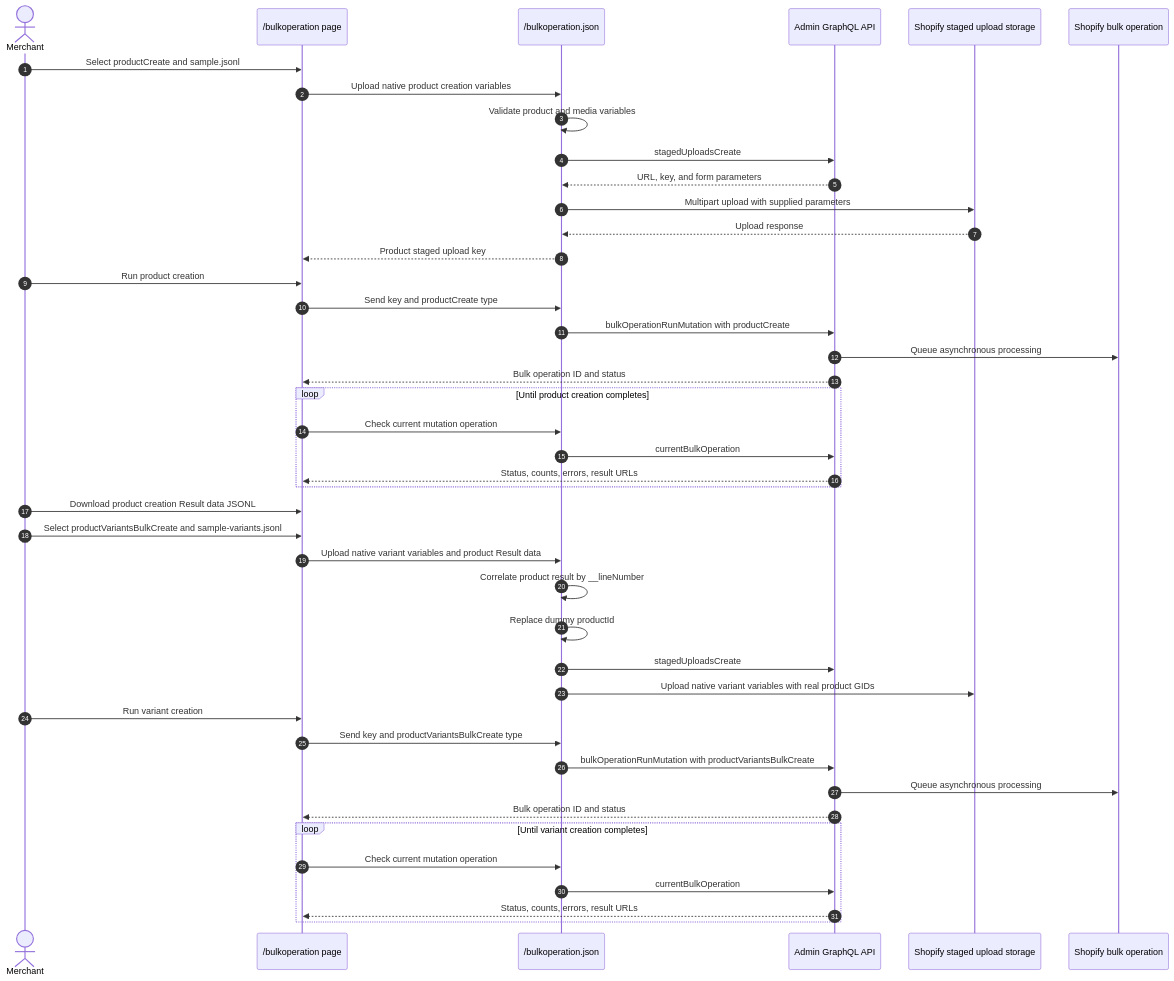
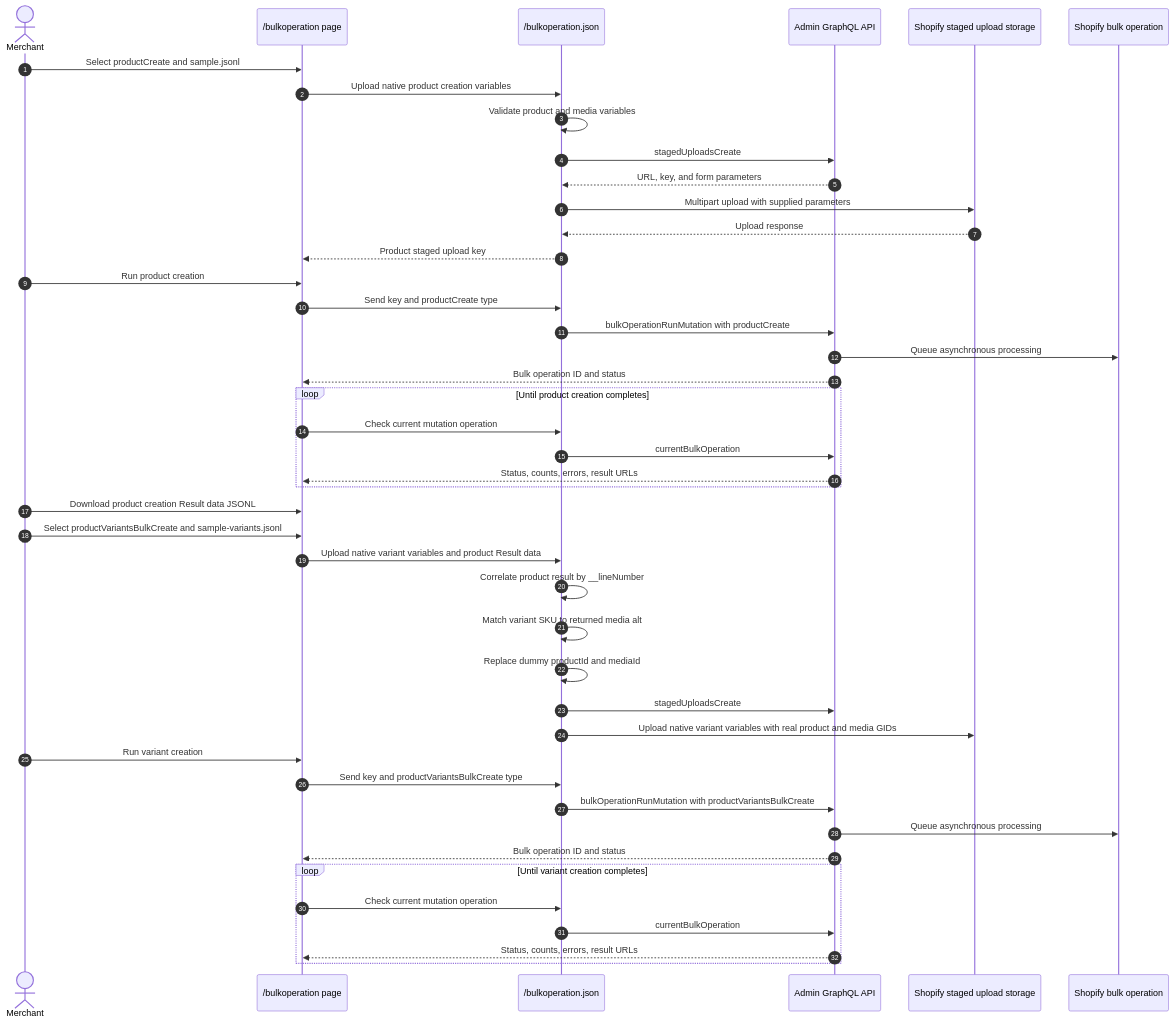
One commit to benzookapi/shopify-barebone-app-sample changed the diagram in docs/14-bulkoperation.md. Above: the diagram before and after it, drawn with Mermaid. The commit also changed other lines of this file, not shown here.

Commit message:
Document SKU-based bulk media mapping

````diff
--- a/docs/14-bulkoperation.md
+++ b/docs/14-bulkoperation.md
@@ -20,46 +20,47 @@
 ```mermaid
 sequenceDiagram
     autonumber
     actor Merchant
     participant UI as /bulkoperation page
     participant App as /bulkoperation.json
     participant API as Admin GraphQL API
     participant Storage as Shopify staged upload storage
     participant Worker as Shopify bulk operation
 
     Merchant->>UI: Select productCreate and sample.jsonl
     UI->>App: Upload native product creation variables
     App->>App: Validate product and media variables
     App->>API: stagedUploadsCreate
     API-->>App: URL, key, and form parameters
     App->>Storage: Multipart upload with supplied parameters
     Storage-->>App: Upload response
     App-->>UI: Product staged upload key
     Merchant->>UI: Run product creation
     UI->>App: Send key and productCreate type
     App->>API: bulkOperationRunMutation with productCreate
     API->>Worker: Queue asynchronous processing
     API-->>UI: Bulk operation ID and status
     loop Until product creation completes
         UI->>App: Check current mutation operation
         App->>API: currentBulkOperation
         API-->>UI: Status, counts, errors, result URLs
     end
     Merchant->>UI: Download product creation Result data JSONL
     Merchant->>UI: Select productVariantsBulkCreate and sample-variants.jsonl
     UI->>App: Upload native variant variables and product Result data
     App->>App: Correlate product result by __lineNumber
-    App->>App: Replace dummy productId
+    App->>App: Match variant SKU to returned media alt
+    App->>App: Replace dummy productId and mediaId
     App->>API: stagedUploadsCreate
-    App->>Storage: Upload native variant variables with real product GIDs
+    App->>Storage: Upload native variant variables with real product and media GIDs
     Merchant->>UI: Run variant creation
     UI->>App: Send key and productVariantsBulkCreate type
     App->>API: bulkOperationRunMutation with productVariantsBulkCreate
     API->>Worker: Queue asynchronous processing
     API-->>UI: Bulk operation ID and status
     loop Until variant creation completes
         UI->>App: Check current mutation operation
         App->>API: currentBulkOperation
         API-->>UI: Status, counts, errors, result URLs
     end
 ```
````
